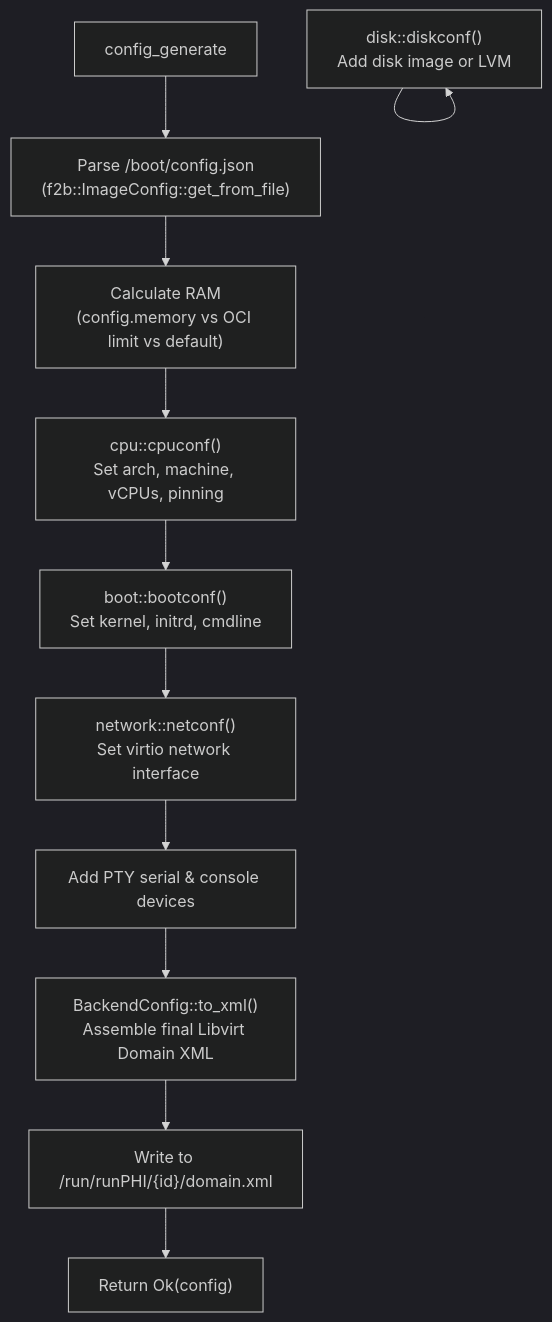
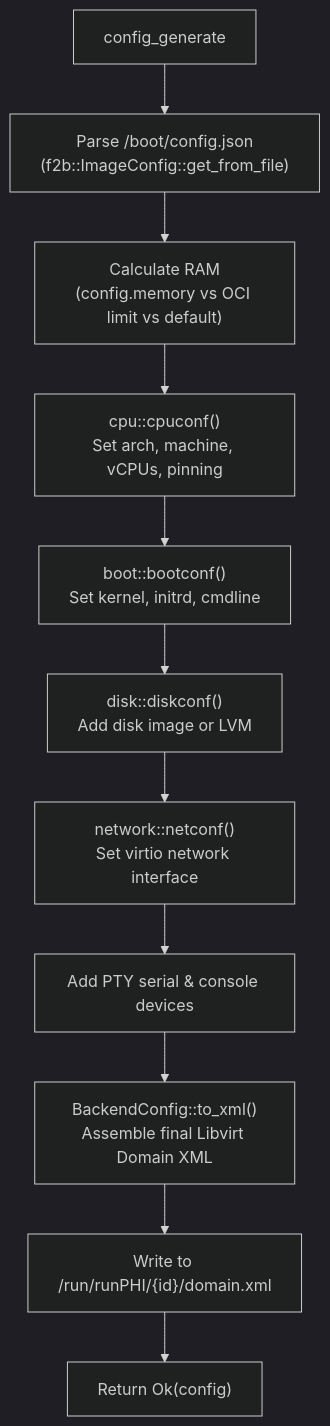
One commit to kwarki/runphi_manager changed the first of 3 diagrams in doc/backend_kvm_docs/config_generator.md. Above: the diagram before and after it, drawn with Mermaid (dark theme).

````diff
--- a/doc/backend_kvm_docs/config_generator.md
+++ b/doc/backend_kvm_docs/config_generator.md
@@ -48,13 +48,13 @@
 ```mermaid
 flowchart TD
     start["config_generate"] --> parse_cfg["Parse /boot/config.json<br/>(f2b::ImageConfig::get_from_file)"]
     parse_cfg --> mem_calc["Calculate RAM<br/>(config.memory vs OCI limit vs default)"]
     mem_calc --> sub_cpu["cpu::cpuconf()<br/>Set arch, machine, vCPUs, pinning"]
     sub_cpu --> sub_boot["boot::bootconf()<br/>Set kernel, initrd, cmdline"]
-    sub_boot --> sub_net["network::netconf()<br/>Set virtio network interface"]
-    sub_disk --> sub_disk["disk::diskconf()<br/>Add disk image or LVM"]
+    sub_boot --> sub_disk["disk::diskconf()<br/>Add disk image or LVM"]
+    sub_disk --> sub_net["network::netconf()<br/>Set virtio network interface"]
     sub_net --> add_pty["Add PTY serial & console devices"]
     add_pty --> to_xml["BackendConfig::to_xml()<br/>Assemble final Libvirt Domain XML"]
     to_xml --> write_disk["Write to /run/runPHI/{id}/domain.xml"]
     write_disk --> finish["Return Ok(config)"]
 ```
````
